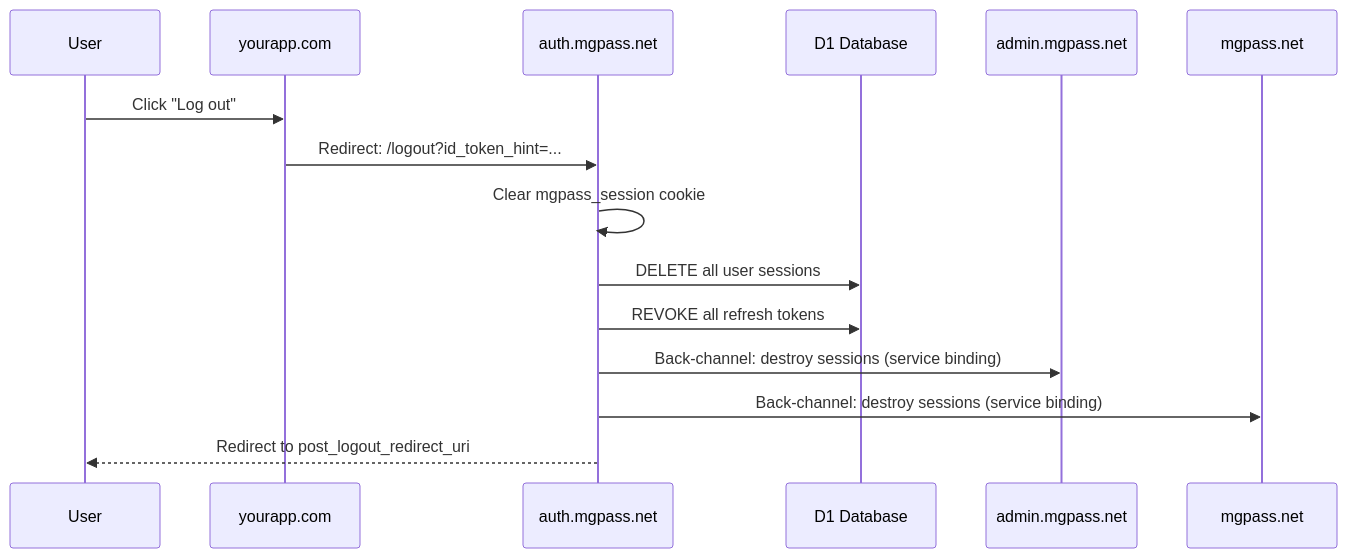
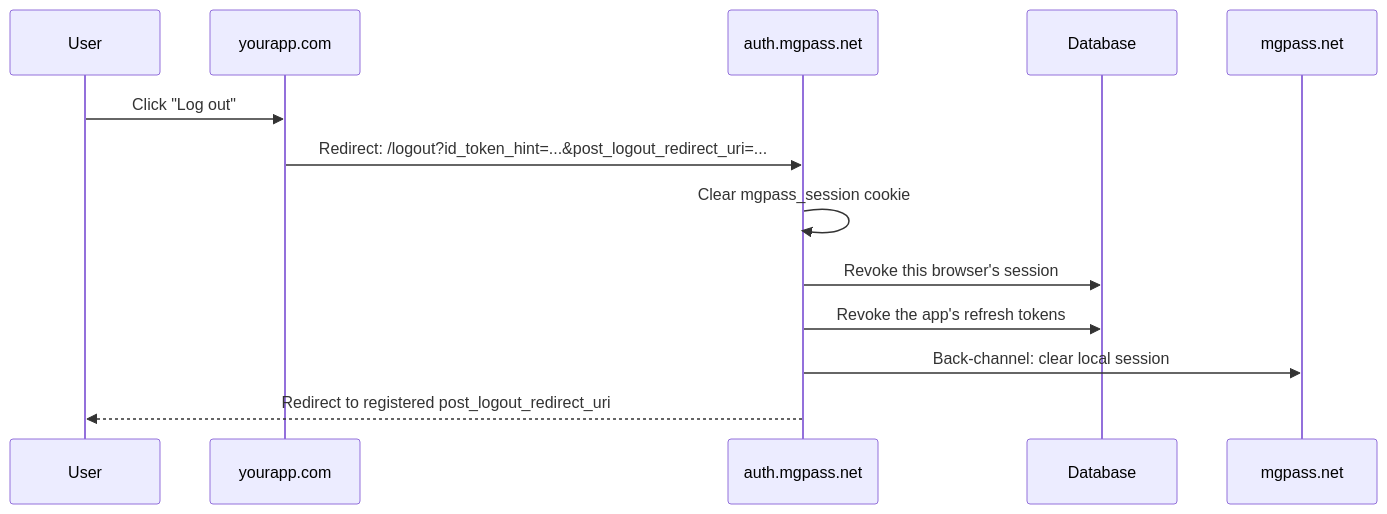
The third of 3 diagrams in guides/sso.mdx (mgdmdev/docs), drawn with Mermaid before and after one commit. The commit also changed other lines of this file and 29 other files, not shown here.

````diff
--- a/guides/sso.mdx
+++ b/guides/sso.mdx
@@ -177,18 +173,16 @@
 ```mermaid
 sequenceDiagram
     participant User
     participant App as yourapp.com
     participant Auth as auth.mgpass.net
-    participant DB as D1 Database
-    participant Admin as admin.mgpass.net
+    participant DB as Database
     participant Account as mgpass.net
 
     User->>App: Click "Log out"
-    App->>Auth: Redirect: /logout?id_token_hint=...
+    App->>Auth: Redirect: /logout?id_token_hint=...&post_logout_redirect_uri=...
     Auth->>Auth: Clear mgpass_session cookie
-    Auth->>DB: DELETE all user sessions
-    Auth->>DB: REVOKE all refresh tokens
-    Auth->>Admin: Back-channel: destroy sessions (service binding)
-    Auth->>Account: Back-channel: destroy sessions (service binding)
-    Auth-->>User: Redirect to post_logout_redirect_uri
+    Auth->>DB: Revoke this browser's session
+    Auth->>DB: Revoke the app's refresh tokens
+    Auth->>Account: Back-channel: clear local session
+    Auth-->>User: Redirect to registered post_logout_redirect_uri
 ```
````
